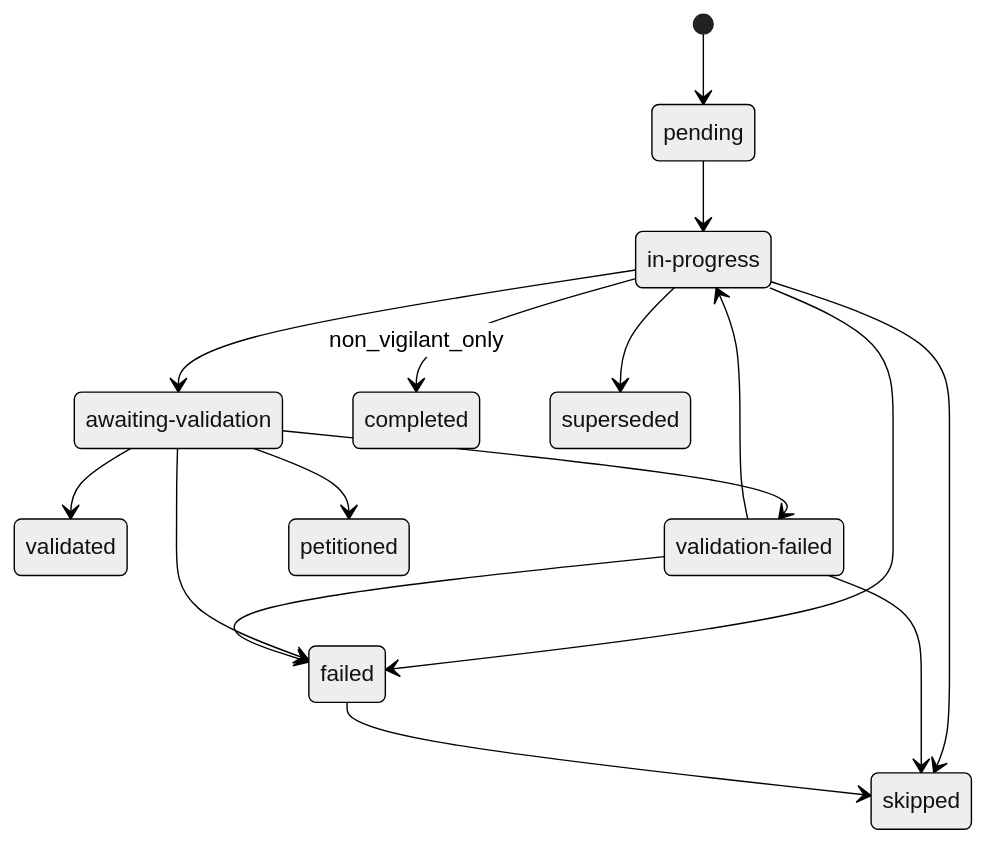
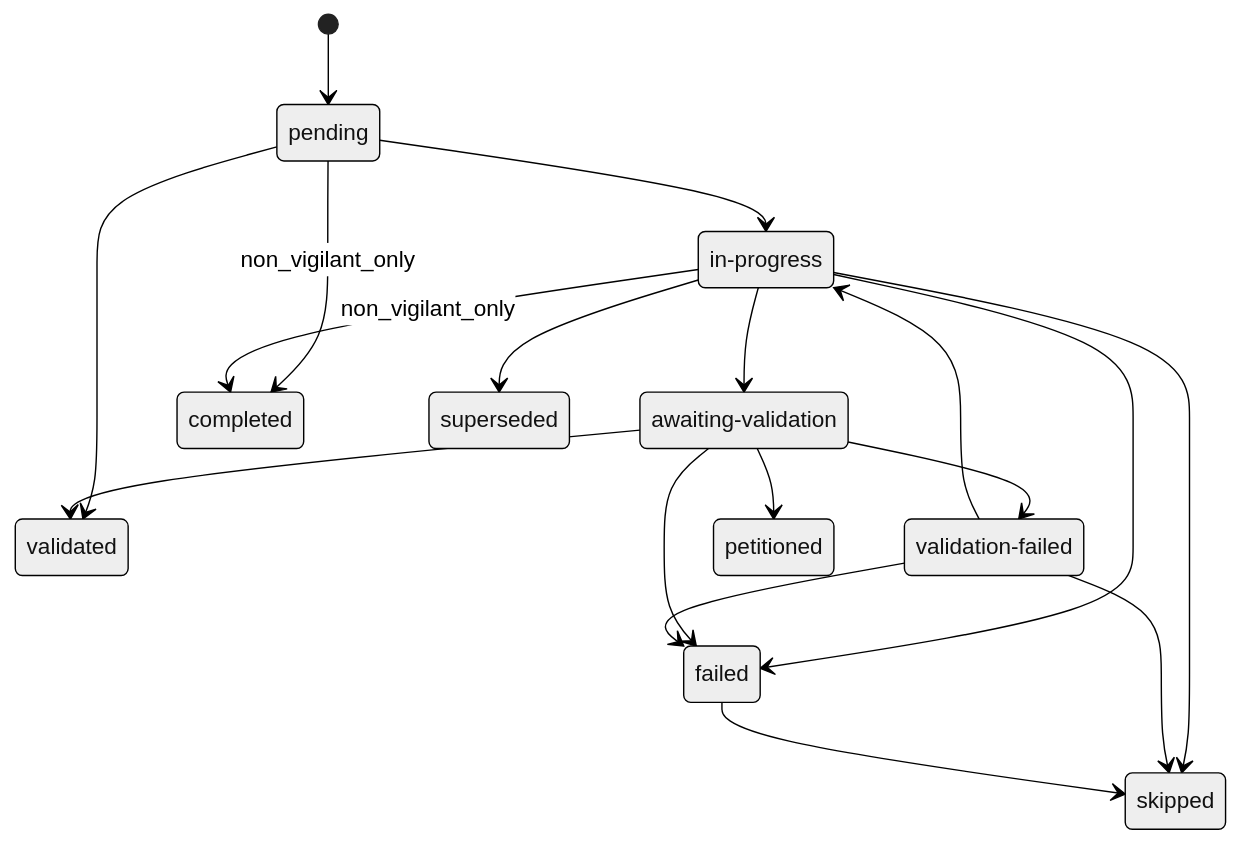
One commit to n-orlov/ralphd changed the second of 2 diagrams in docs/architecture.md. Above: the diagram before and after it, drawn with Mermaid (neutral theme). The commit also changed other lines of this file and 6 other files, not shown here.

````diff
--- a/docs/architecture.md
+++ b/docs/architecture.md
@@ -366,28 +368,30 @@
 ```mermaid
 stateDiagram-v2
     state "pending" as pending
     state "in-progress" as in_progress
     state "awaiting-validation" as awaiting_validation
     state "validated" as validated
     state "validation-failed" as validation_failed
     state "completed" as completed
     state "failed" as failed
     state "skipped" as skipped
     state "petitioned" as petitioned
     state "superseded" as superseded
     [*] --> pending
     pending --> in_progress
+    pending --> validated
     in_progress --> awaiting_validation
     in_progress --> failed
     in_progress --> skipped
     in_progress --> superseded
     awaiting_validation --> validated
     awaiting_validation --> validation_failed
     awaiting_validation --> failed
     awaiting_validation --> petitioned
     validation_failed --> in_progress
     validation_failed --> failed
     validation_failed --> skipped
     failed --> skipped
+    pending --> completed : non_vigilant_only
     in_progress --> completed : non_vigilant_only
 ```
````
